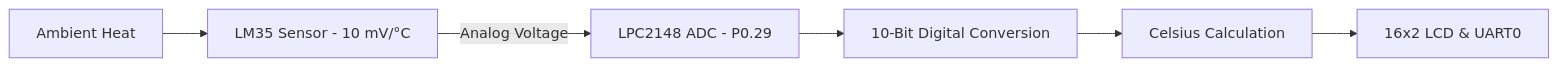
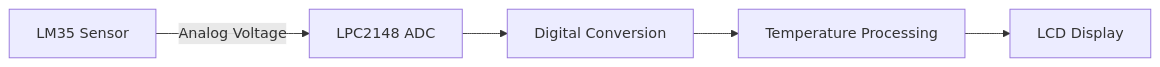
The second of 10 diagrams in README.md (maghambhanu/LPC2148-Industrial-Environment-Monitor), drawn with Mermaid before and after one commit. The commit also changed other lines of this file, not shown here.

````diff
--- a/README.md
+++ b/README.md
@@ -134,8 +138,7 @@
 ```mermaid
 flowchart LR
-    A[Ambient Heat] --> B[LM35 Sensor - 10 mV/°C]
-    B -->|Analog Voltage| C[LPC2148 ADC - P0.29]
-    C --> D[10-Bit Digital Conversion]
-    D --> E[Celsius Calculation]
-    E --> F[16x2 LCD & UART0]
+    A[LM35 Sensor] -->|Analog Voltage| B[LPC2148 ADC]
+    B --> C[Digital Conversion]
+    C --> D[Temperature Processing]
+    D --> E[LCD Display]
 ```
````
